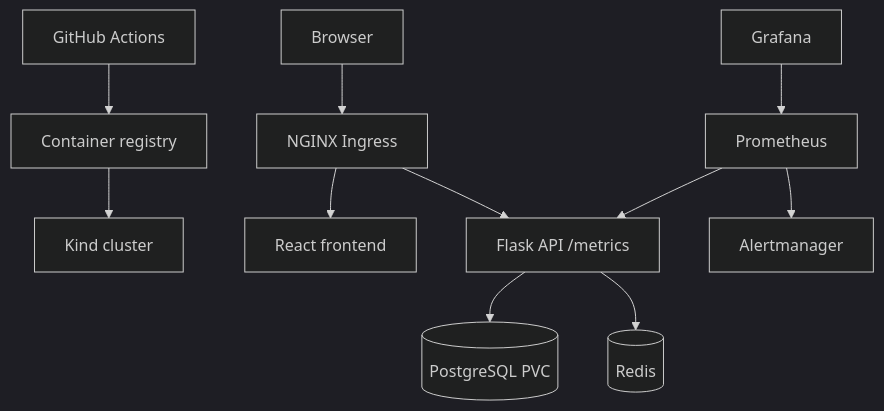
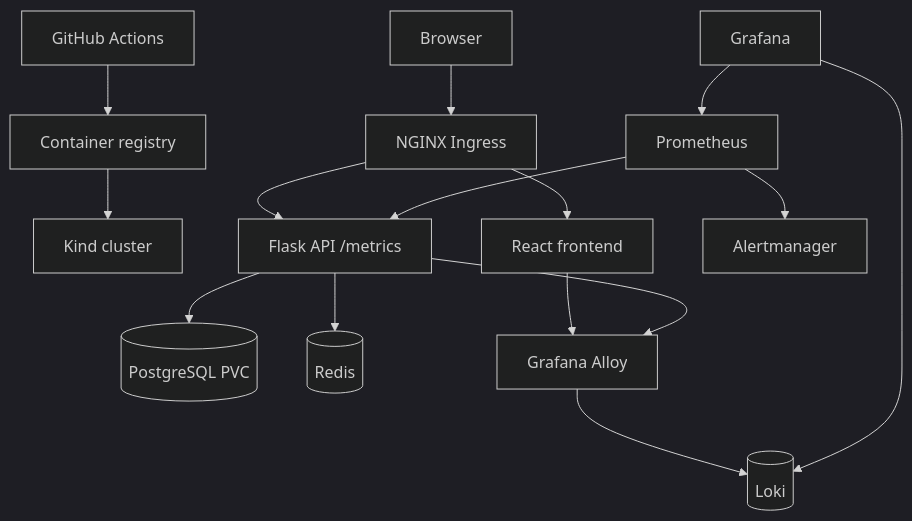
The diagram in README.md (TechOpsT/Enterprise-Platform-Lab), drawn with Mermaid (dark theme) before and after one commit. The commit also changed other lines of this file and 3 other files, not shown here.

Commit message:
Document centralized logging architecture and operations

````diff
--- a/README.md
+++ b/README.md
@@ -15,13 +15,17 @@
 ```mermaid
 flowchart TB
   gh["GitHub Actions"] --> img["Container registry"]
   img --> kind["Kind cluster"]
   user["Browser"] --> ing["NGINX Ingress"]
   ing --> web["React frontend"]
   ing --> api["Flask API /metrics"]
   api --> pg[("PostgreSQL PVC")]
   api --> redis[("Redis")]
   prom["Prometheus"] --> api
   prom --> alert["Alertmanager"]
   graf["Grafana"] --> prom
+  web --> alloy["Grafana Alloy"]
+  api --> alloy
+  alloy --> loki[("Loki")]
+  graf --> loki
 ```
````
